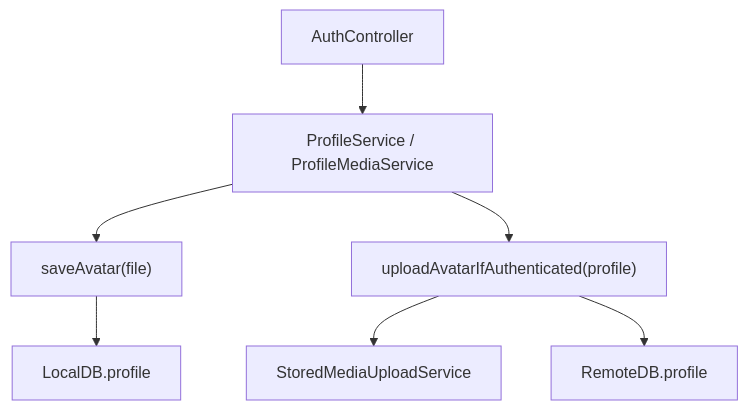
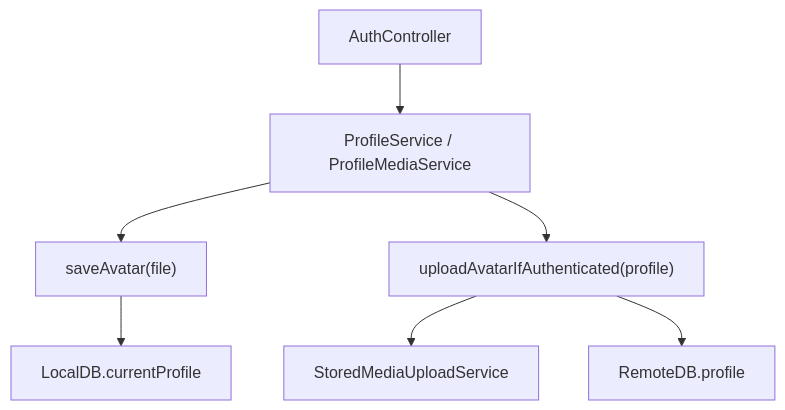
One commit to GuyWithBag/boo_mondai changed the ninth of 18 diagrams in documentation/refactor/stored_media_sync_refactor_graphs.md. Above: the diagram before and after it, drawn with Mermaid. The commit also changed other lines of this file and 17 other files, not shown here.

````diff
--- a/documentation/refactor/stored_media_sync_refactor_graphs.md
+++ b/documentation/refactor/stored_media_sync_refactor_graphs.md
@@ -227,15 +227,15 @@
 ```mermaid
 flowchart TD
     AuthController["AuthController"]
     ProfileService["ProfileService / ProfileMediaService"]
     AvatarStore["saveAvatar(file)"]
     AvatarUpload["uploadAvatarIfAuthenticated(profile)"]
     UploadService["StoredMediaUploadService"]
-    LocalProfile["LocalDB.profile"]
+    LocalProfile["LocalDB.currentProfile"]
     RemoteProfile["RemoteDB.profile"]
 
     AuthController --> ProfileService
     ProfileService --> AvatarStore --> LocalProfile
     ProfileService --> AvatarUpload --> UploadService
     AvatarUpload --> RemoteProfile
 ```
````
